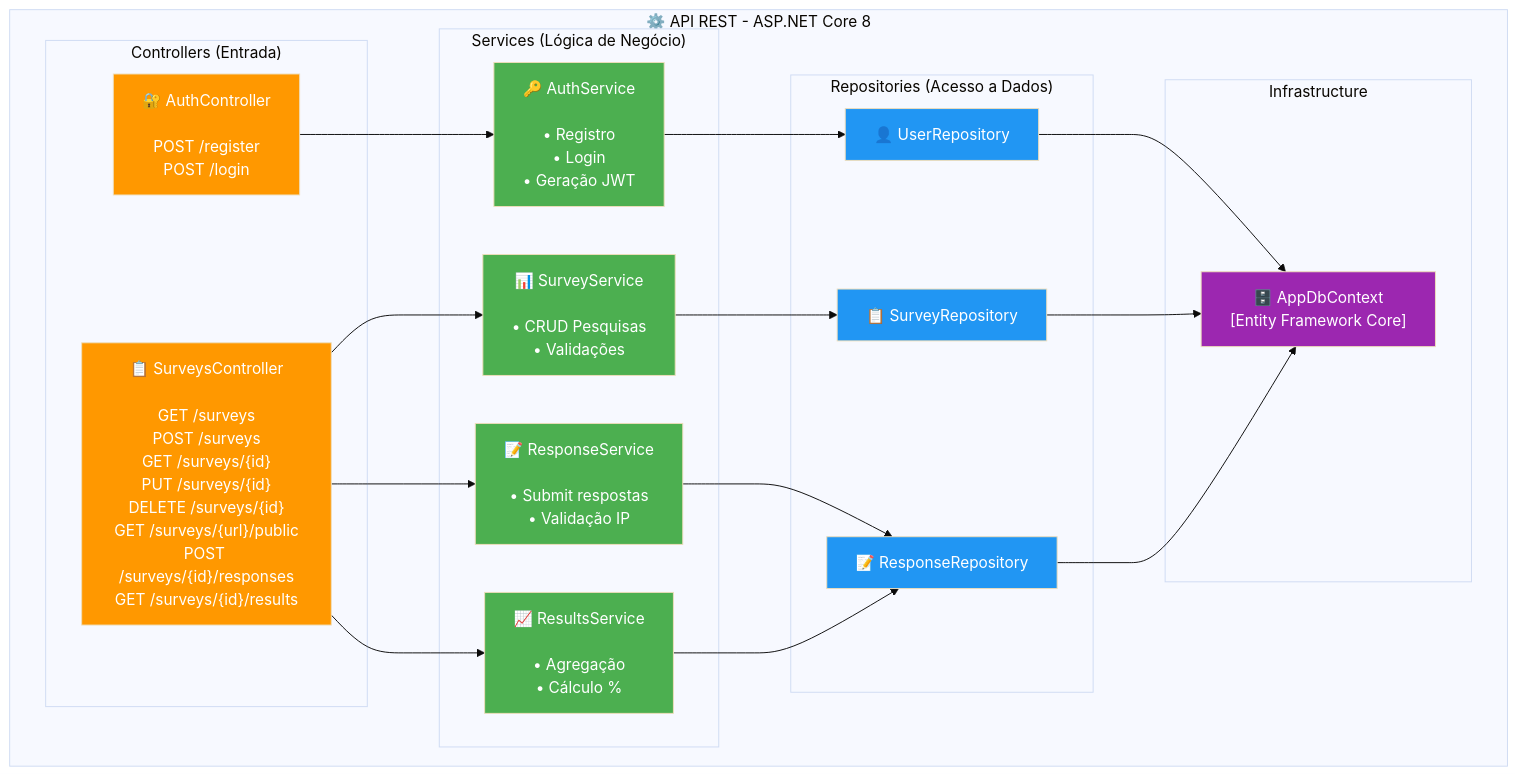
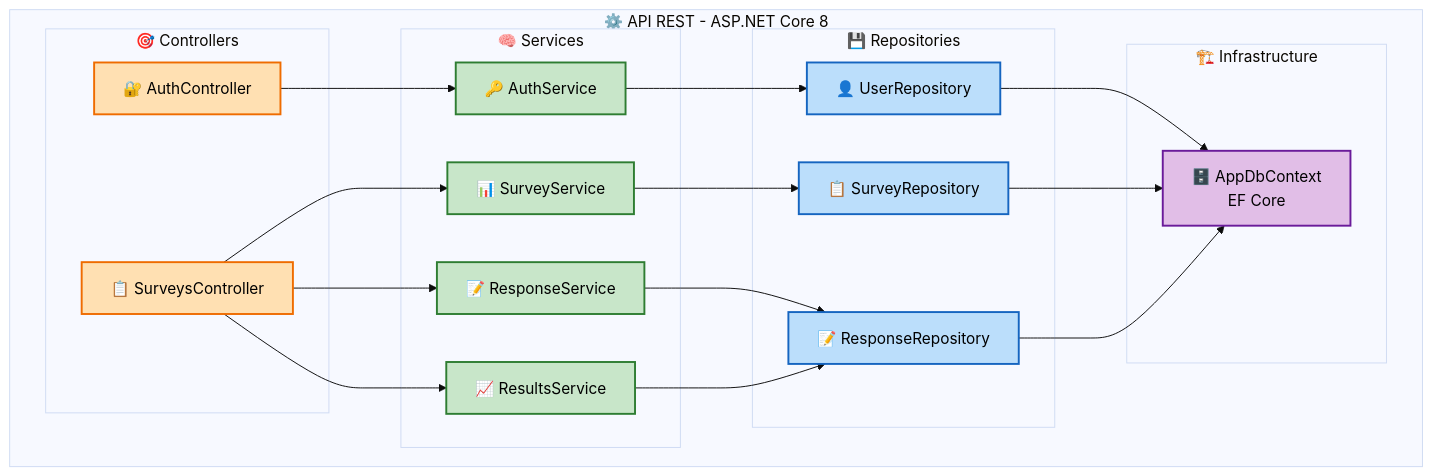
Before and after one commit to gabrigabs/public-polls-app: the fifth of 7 diagrams in docs/02-arquitetura-c4.md, drawn with Mermaid (base theme). The commit also changed other lines of this file and 6 other files, not shown here.

Commit message:
docs: standardize and improve mermaid diagrams readability

````diff
--- a/docs/02-arquitetura-c4.md
+++ b/docs/02-arquitetura-c4.md
@@ -155,51 +160,51 @@
 ```mermaid
 graph TB
-    subgraph api["⚙️ API REST - ASP.NET Core 8"]
-        subgraph controllers["Controllers (Entrada)"]
-            AC["🔐 AuthController<br/><br/>POST /register<br/>POST /login"]
-            SC["📋 SurveysController<br/><br/>GET /surveys<br/>POST /surveys<br/>GET /surveys/{id}<br/>PUT /surveys/{id}<br/>DELETE /surveys/{id}<br/>GET /surveys/{url}/public<br/>POST /surveys/{id}/responses<br/>GET /surveys/{id}/results"]
+    subgraph "⚙️ API REST - ASP.NET Core 8"
+        subgraph "🎯 Controllers"
+            AC["🔐 AuthController"]
+            SC["📋 SurveysController"]
         end
 
-        subgraph services["Services (Lógica de Negócio)"]
-            AS["🔑 AuthService<br/><br/>• Registro<br/>• Login<br/>• Geração JWT"]
-            SS["📊 SurveyService<br/><br/>• CRUD Pesquisas<br/>• Validações"]
-            RS["📝 ResponseService<br/><br/>• Submit respostas<br/>• Validação IP"]
-            RES["📈 ResultsService<br/><br/>• Agregação<br/>• Cálculo %"]
+        subgraph "🧠 Services"
+            AS["🔑 AuthService"]
+            SS["📊 SurveyService"]
+            RS["📝 ResponseService"]
+            RES["📈 ResultsService"]
         end
 
-        subgraph repos["Repositories (Acesso a Dados)"]
+        subgraph "💾 Repositories"
             UR["👤 UserRepository"]
             SR["📋 SurveyRepository"]
             RR["📝 ResponseRepository"]
         end
 
-        subgraph infra["Infrastructure"]
-            CTX["🗄️ AppDbContext<br/>[Entity Framework Core]"]
+        subgraph "🏗️ Infrastructure"
+            CTX["🗄️ AppDbContext<br/>EF Core"]
         end
     end
 
     AC --> AS
     SC --> SS
     SC --> RS
     SC --> RES
-
+    
     AS --> UR
     SS --> SR
     RS --> RR
     RES --> RR
-
+    
     UR --> CTX
     SR --> CTX
     RR --> CTX
 
-    style AC fill:#ff9800,color:#fff
-    style SC fill:#ff9800,color:#fff
-    style AS fill:#4caf50,color:#fff
-    style SS fill:#4caf50,color:#fff
-    style RS fill:#4caf50,color:#fff
-    style RES fill:#4caf50,color:#fff
-    style UR fill:#2196f3,color:#fff
-    style SR fill:#2196f3,color:#fff
-    style RR fill:#2196f3,color:#fff
-    style CTX fill:#9c27b0,color:#fff
+    %% Styling
+    classDef ctrl fill:#ffe0b2,stroke:#ef6c00,color:#000,stroke-width:2px;
+    classDef svc fill:#c8e6c9,stroke:#2e7d32,color:#000,stroke-width:2px;
+    classDef repo fill:#bbdefb,stroke:#1565c0,color:#000,stroke-width:2px;
+    classDef infra fill:#e1bee7,stroke:#6a1b9a,color:#000,stroke-width:2px;
+
+    class AC,SC ctrl;
+    class AS,SS,RS,RES svc;
+    class UR,SR,RR repo;
+    class CTX infra;
 ```
````
